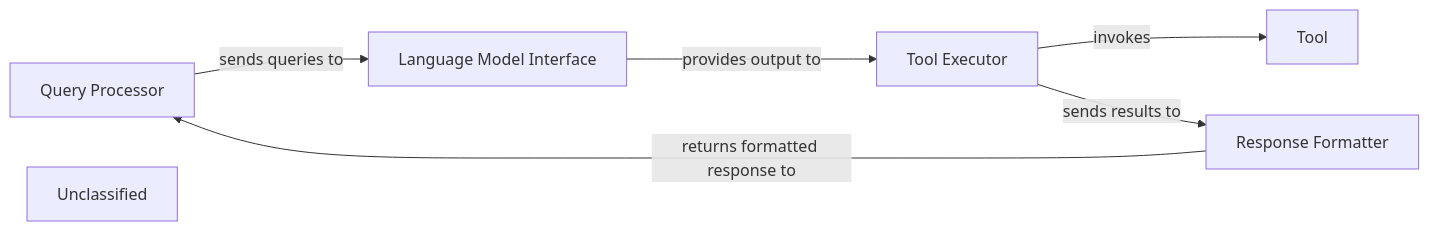
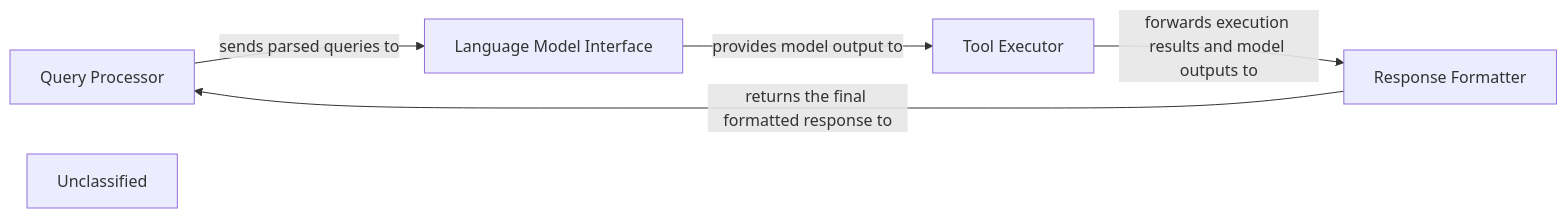
Before and after one commit to CodeBoarding/CodeBoarding: the diagram in .codeboarding/AI_Processing_Layer.md, drawn with Mermaid. The commit also changed other lines of this file and 17 other files, not shown here.

First line of the commit message:
docs: update codeboarding documentation and generate architecture

````diff
--- a/.codeboarding/AI_Processing_Layer.md
+++ b/.codeboarding/AI_Processing_Layer.md
@@ -1,14 +1,12 @@
 ```mermaid
 graph LR
     Query_Processor["Query Processor"]
     Language_Model_Interface["Language Model Interface"]
     Tool_Executor["Tool Executor"]
     Response_Formatter["Response Formatter"]
     Unclassified["Unclassified"]
-    Unclassified["Unclassified"]
-    Query_Processor -- "sends queries to" --> Language_Model_Interface
-    Language_Model_Interface -- "provides output to" --> Tool_Executor
-    Tool_Executor -- "invokes" --> Tool
-    Tool_Executor -- "sends results to" --> Response_Formatter
-    Response_Formatter -- "returns formatted response to" --> Query_Processor
+    Query_Processor -- "sends parsed queries to" --> Language_Model_Interface
+    Language_Model_Interface -- "provides model output to" --> Tool_Executor
+    Tool_Executor -- "forwards execution results and model outputs to" --> Response_Formatter
+    Response_Formatter -- "returns the final formatted response to" --> Query_Processor
 ```
````
